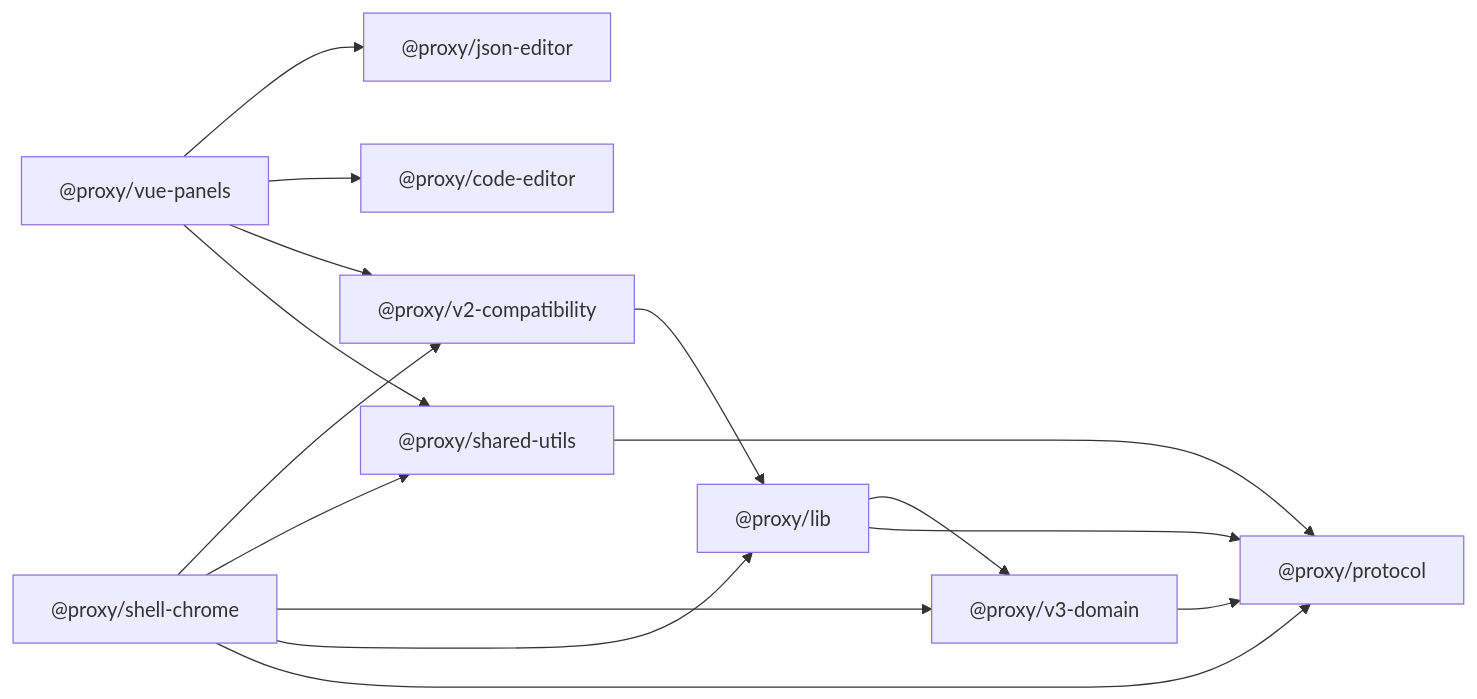
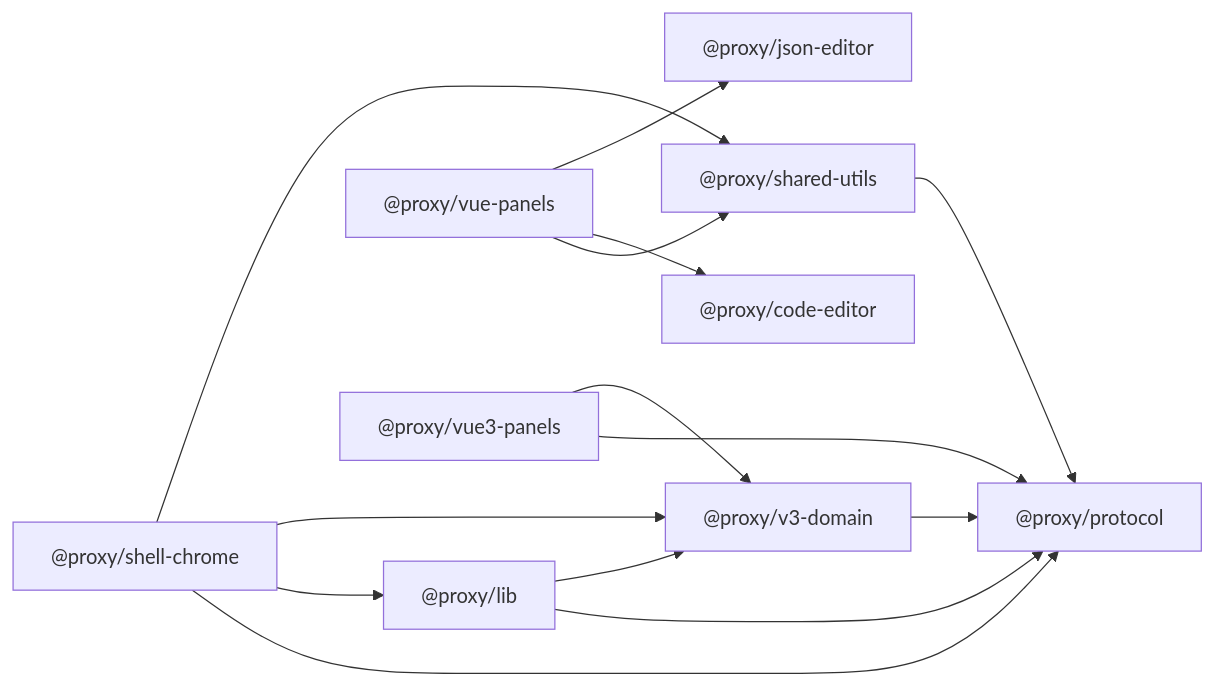
Before and after one commit to Nyakooo/ajax-proxy: the first of 4 diagrams in docs/V3-ARCHITECTURE-ASSESSMENT.zh.md, drawn with Mermaid. The commit also changed other lines of this file and 44 other files, not shown here.

````diff
--- a/docs/V3-ARCHITECTURE-ASSESSMENT.zh.md
+++ b/docs/V3-ARCHITECTURE-ASSESSMENT.zh.md
@@ -9,27 +9,26 @@
 ```mermaid
 flowchart LR
   protocol["@proxy/protocol"]
   proxy["@proxy/lib"]
   shared["@proxy/shared-utils"]
-  compat["@proxy/v2-compatibility"]
   shell["@proxy/shell-chrome"]
   domain["@proxy/v3-domain"]
   panels["@proxy/vue-panels"]
+  panelsV3["@proxy/vue3-panels"]
   code["@proxy/code-editor"]
   json["@proxy/json-editor"]
 
   proxy --> protocol
   proxy --> domain
   shared --> protocol
-  compat --> proxy
   domain --> protocol
   shell --> protocol
   shell --> proxy
   shell --> domain
   shell --> shared
-  shell --> compat
   panels --> shared
-  panels --> compat
   panels --> code
   panels --> json
+  panelsV3 --> protocol
+  panelsV3 --> domain
 ```
````
